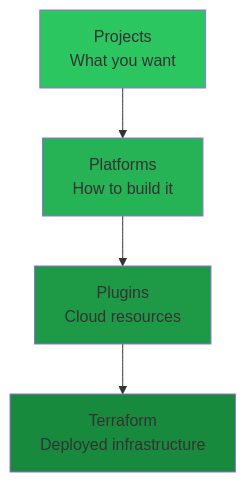
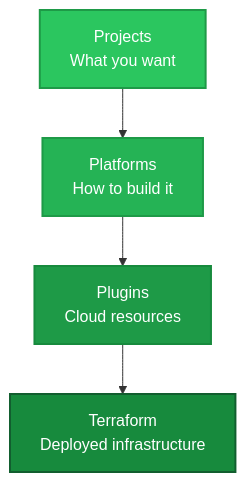
Before and after one commit to nitrictech/suga: the diagram in docs/core/overview.mdx, drawn with Mermaid.

Commit message:
chore: improve diagram text contrast

````diff
--- a/docs/core/overview.mdx
+++ b/docs/core/overview.mdx
@@ -12,11 +12,11 @@
 ```mermaid
 graph TB
     A[Projects<br/>What you want] --> D[Platforms<br/>How to build it]
     D --> B[Plugins<br/>Cloud resources]
     B --> C[Terraform<br/>Deployed infrastructure]
 
-    style A fill:#2BC65F
-    style D fill:#25B355
-    style B fill:#1E9A47
-    style C fill:#178A3D
+    style A fill:#2BC65F,stroke:#1E9A47,stroke-width:2px,color:#fff,font-weight:500
+    style D fill:#25B355,stroke:#1E9A47,stroke-width:2px,color:#fff,font-weight:500
+    style B fill:#1E9A47,stroke:#178A3D,stroke-width:2px,color:#fff,font-weight:500
+    style C fill:#178A3D,stroke:#125E2F,stroke-width:2px,color:#fff,font-weight:500
 ```
````
